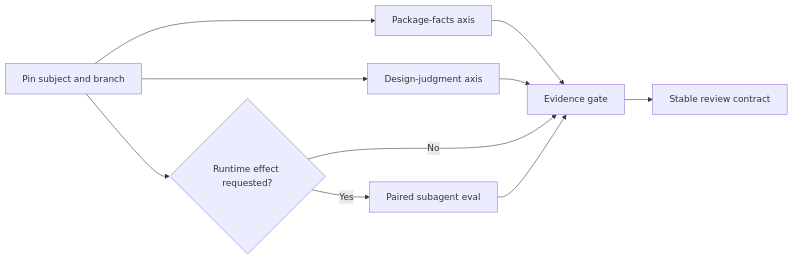
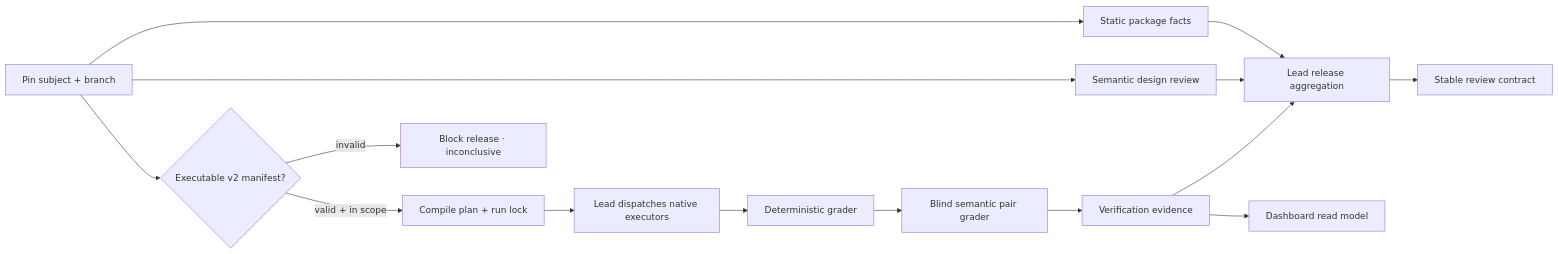
Before and after one commit to Nirvana-Jie/skill-reviewer: the first of 3 diagrams in docs/QUALITY_ARCHITECTURE.md, drawn with Mermaid. The commit also changed other lines of this file and 30 other files, not shown here.

Commit message:
feat: add executable skill evolution review loop

````diff
--- a/docs/QUALITY_ARCHITECTURE.md
+++ b/docs/QUALITY_ARCHITECTURE.md
@@ -36,12 +45,17 @@
 ```mermaid
 flowchart LR
-    A["Pin subject and branch"] --> B["Package-facts axis"]
-    A --> C["Design-judgment axis"]
-    B --> D["Evidence gate"]
-    C --> D
-    A --> E{"Runtime effect requested?"}
-    E -->|"No"| D
-    E -->|"Yes"| F["Paired subagent eval"]
-    F --> D
-    D --> G["Stable review contract"]
+    A["Pin subject + branch"] --> B["Static package facts"]
+    A --> C["Semantic design review"]
+    A --> D{"Executable v2 manifest?"}
+    D -->|"invalid"| X["Block release · inconclusive"]
+    D -->|"valid + in scope"| E["Compile plan + run lock"]
+    E --> F["Lead dispatches native executors"]
+    F --> G["Deterministic grader"]
+    G --> H["Blind semantic pair grader"]
+    H --> I["Verification evidence"]
+    B --> J["Lead release aggregation"]
+    C --> J
+    I --> J
+    J --> K["Stable review contract"]
+    I --> L["Dashboard read model"]
 ```
````
